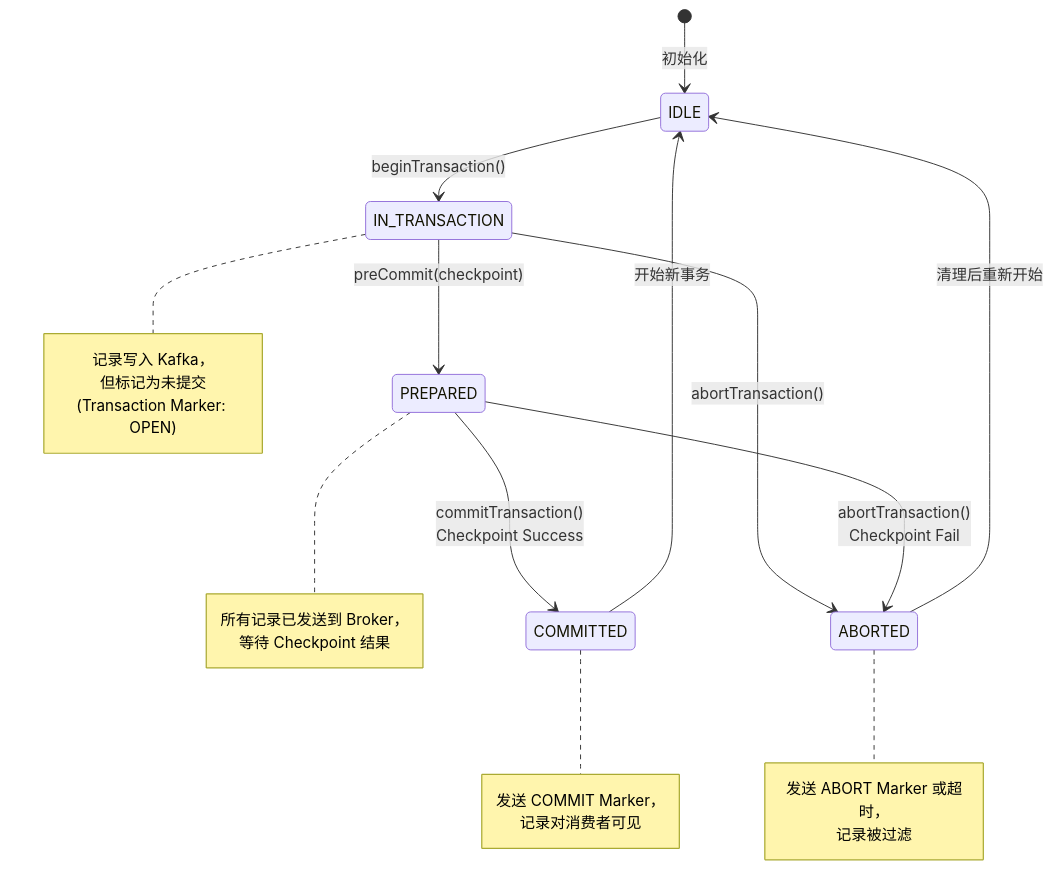
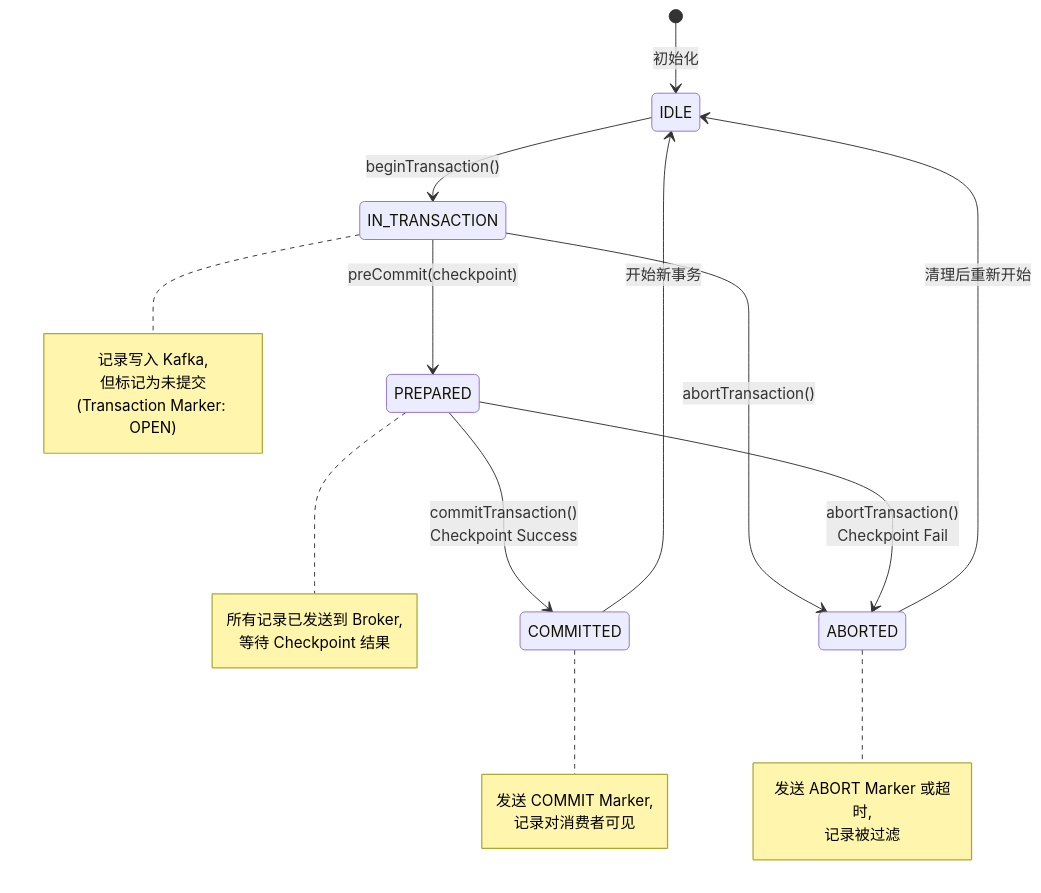
Before and after one commit to AdaMartin18010/AnalysisDataFlow: the third of 4 diagrams in Flink/05-ecosystem/05.01-connectors/kafka-integration-patterns.md, drawn with Mermaid. The commit also changed other lines of this file and 634 other files, not shown here.

````diff
--- a/Flink/05-ecosystem/05.01-connectors/kafka-integration-patterns.md
+++ b/Flink/05-ecosystem/05.01-connectors/kafka-integration-patterns.md
@@ -568,36 +568,36 @@
 ```mermaid
 stateDiagram-v2
     [*] --> IDLE: 初始化
 
     IDLE --> IN_TRANSACTION: beginTransaction()
 
     IN_TRANSACTION --> PREPARED: preCommit(checkpoint)
     IN_TRANSACTION --> ABORTED: abortTransaction()
 
     PREPARED --> COMMITTED: commitTransaction()<br/>Checkpoint Success
     PREPARED --> ABORTED: abortTransaction()<br/>Checkpoint Fail
 
     COMMITTED --> IDLE: 开始新事务
     ABORTED --> IDLE: 清理后重新开始
 
     note right of IN_TRANSACTION
-        记录写入 Kafka，
+        记录写入 Kafka,
         但标记为未提交
         (Transaction Marker: OPEN)
     end note
 
     note right of PREPARED
-        所有记录已发送到 Broker，
+        所有记录已发送到 Broker,
         等待 Checkpoint 结果
     end note
 
     note right of COMMITTED
-        发送 COMMIT Marker，
+        发送 COMMIT Marker,
         记录对消费者可见
     end note
 
     note right of ABORTED
-        发送 ABORT Marker 或超时，
+        发送 ABORT Marker 或超时,
         记录被过滤
     end note
 ```
````
